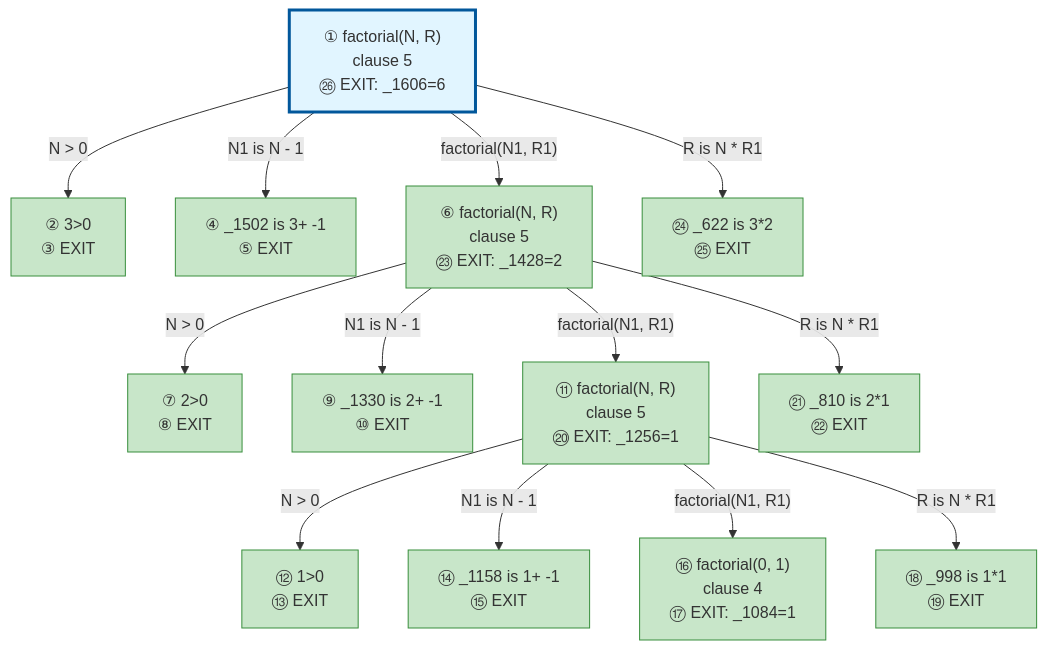
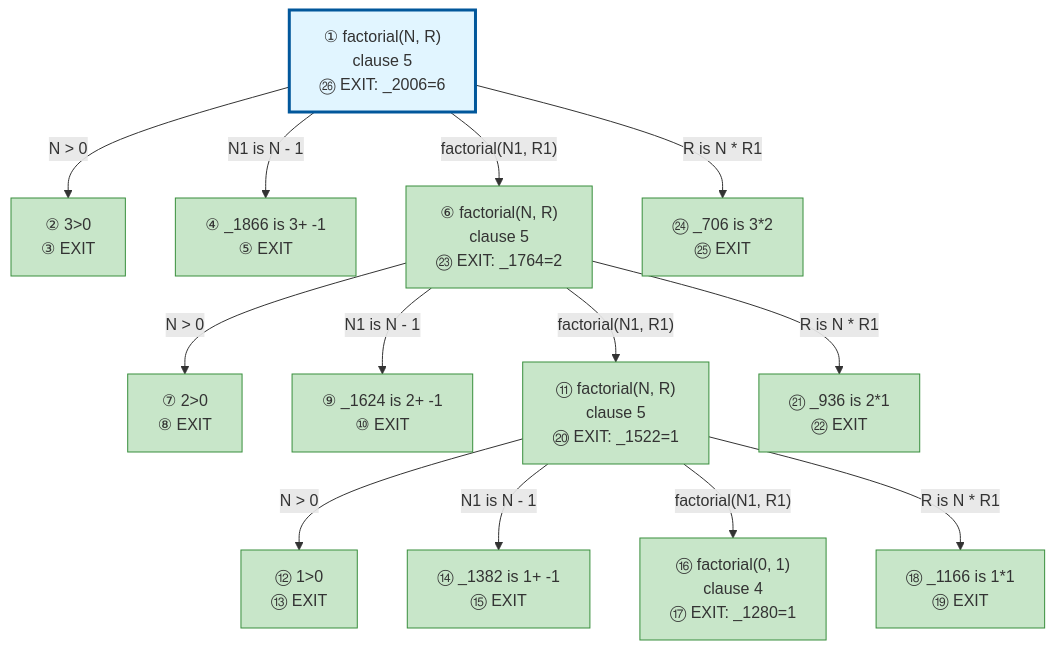
One commit to jarecsni/prolog-trace-viz changed the diagram in examples/factorial-output.md. Above: the diagram before and after it, drawn with Mermaid. The commit also changed other lines of this file and 8 other files, not shown here.

Commit message:
✨ add variable flow tracking to show how variables bind across execution steps

````diff
--- a/examples/factorial-output.md
+++ b/examples/factorial-output.md
@@ -198,47 +201,47 @@
 ```mermaid
 graph TD
 
 %% Nodes
-A["① factorial(N, R)<br/>clause 5<br/>㉖ EXIT: _1606=6"]
+A["① factorial(N, R)<br/>clause 5<br/>㉖ EXIT: _2006=6"]
 B["② 3>0<br/>③ EXIT"]
-C["④ _1502 is 3+ -1<br/>⑤ EXIT"]
-D["⑥ factorial(N, R)<br/>clause 5<br/>㉓ EXIT: _1428=2"]
+C["④ _1866 is 3+ -1<br/>⑤ EXIT"]
+D["⑥ factorial(N, R)<br/>clause 5<br/>㉓ EXIT: _1764=2"]
 E["⑦ 2>0<br/>⑧ EXIT"]
-F["⑨ _1330 is 2+ -1<br/>⑩ EXIT"]
-G["⑪ factorial(N, R)<br/>clause 5<br/>⑳ EXIT: _1256=1"]
+F["⑨ _1624 is 2+ -1<br/>⑩ EXIT"]
+G["⑪ factorial(N, R)<br/>clause 5<br/>⑳ EXIT: _1522=1"]
 H["⑫ 1>0<br/>⑬ EXIT"]
-I["⑭ _1158 is 1+ -1<br/>⑮ EXIT"]
-J["⑯ factorial(0, 1)<br/>clause 4<br/>⑰ EXIT: _1084=1"]
-K["⑱ _998 is 1*1<br/>⑲ EXIT"]
-L["㉑ _810 is 2*1<br/>㉒ EXIT"]
-M["㉔ _622 is 3*2<br/>㉕ EXIT"]
+I["⑭ _1382 is 1+ -1<br/>⑮ EXIT"]
+J["⑯ factorial(0, 1)<br/>clause 4<br/>⑰ EXIT: _1280=1"]
+K["⑱ _1166 is 1*1<br/>⑲ EXIT"]
+L["㉑ _936 is 2*1<br/>㉒ EXIT"]
+M["㉔ _706 is 3*2<br/>㉕ EXIT"]
 
 %% Edges
 A -->|"N > 0"| B
 A -->|"N1 is N - 1"| C
 A -->|"factorial(N1, R1)"| D
 D -->|"N > 0"| E
 D -->|"N1 is N - 1"| F
 D -->|"factorial(N1, R1)"| G
 G -->|"N > 0"| H
 G -->|"N1 is N - 1"| I
 G -->|"factorial(N1, R1)"| J
 G -->|"R is N * R1"| K
 D -->|"R is N * R1"| L
 A -->|"R is N * R1"| M
 
 %% Styles
 style A fill:#e1f5ff,stroke:#01579b,stroke-width:3px
 style B fill:#c8e6c9,stroke:#388e3c
 style C fill:#c8e6c9,stroke:#388e3c
 style D fill:#c8e6c9,stroke:#388e3c
 style E fill:#c8e6c9,stroke:#388e3c
 style F fill:#c8e6c9,stroke:#388e3c
 style G fill:#c8e6c9,stroke:#388e3c
 style H fill:#c8e6c9,stroke:#388e3c
 style I fill:#c8e6c9,stroke:#388e3c
 style J fill:#c8e6c9,stroke:#388e3c
 style K fill:#c8e6c9,stroke:#388e3c
 style L fill:#c8e6c9,stroke:#388e3c
 style M fill:#c8e6c9,stroke:#388e3c
 ```
````
